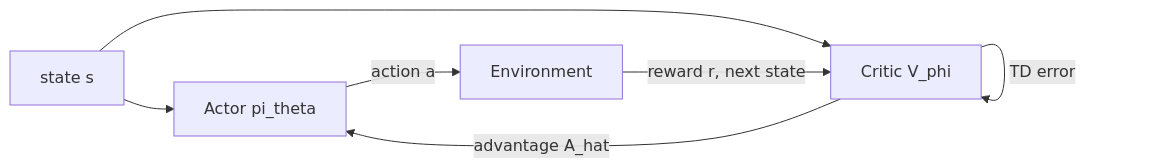
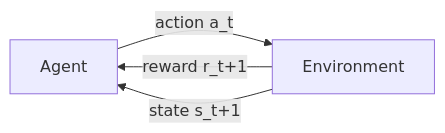
Before and after one commit to kader-xai/kader-xai.github.io: the first of 7 diagrams in ai-ml-encyclopedia/ch25.qmd, drawn with Mermaid. The commit also changed other lines of this file and 47 other files, not shown here.

````diff
--- a/ai-ml-encyclopedia/ch25.qmd
+++ b/ai-ml-encyclopedia/ch25.qmd
@@ -204,9 +117,6 @@
 ```{mermaid}
 flowchart LR
-    S[state s] --> A[Actor pi_theta]
-    S --> C[Critic V_phi]
-    A -->|action a| E[Environment]
-    E -->|reward r, next state| C
-    C -->|advantage A_hat| A
-    C -->|TD error| C
+    A[Agent] -->|action a_t| E[Environment]
+    E -->|reward r_t+1| A
+    E -->|state s_t+1| A
 ```
````
